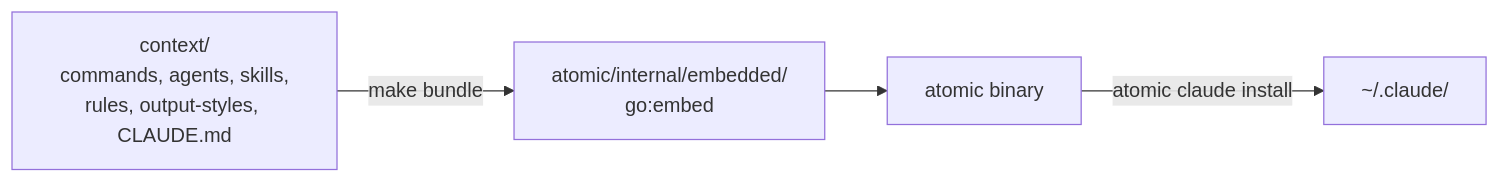
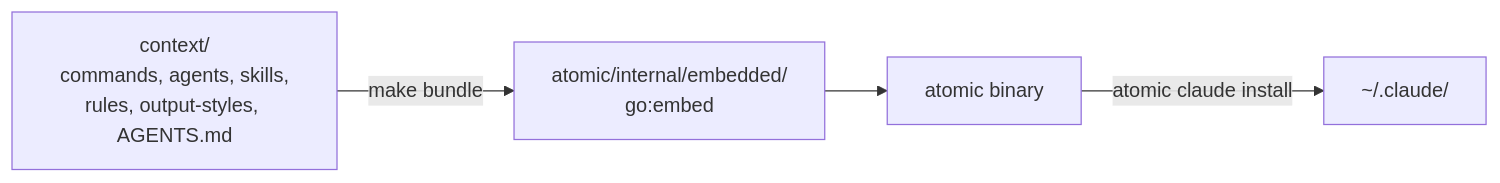
Before and after one commit to damusix/atomic-claude: the diagram in docs/wiki/index.md, drawn with Mermaid. The commit also changed other lines of this file and 52 other files, not shown here.

````diff
--- a/docs/wiki/index.md
+++ b/docs/wiki/index.md
@@ -18,6 +18,6 @@
 ```mermaid
 flowchart LR
-    CTX["context/<br/>commands, agents, skills,<br/>rules, output-styles, CLAUDE.md"] -->|make bundle| EMB["atomic/internal/embedded/<br/>go:embed"]
+    CTX["context/<br/>commands, agents, skills,<br/>rules, output-styles, AGENTS.md"] -->|make bundle| EMB["atomic/internal/embedded/<br/>go:embed"]
     EMB --> BIN["atomic binary"]
     BIN -->|atomic claude install| H["~/.claude/"]
 ```
````
